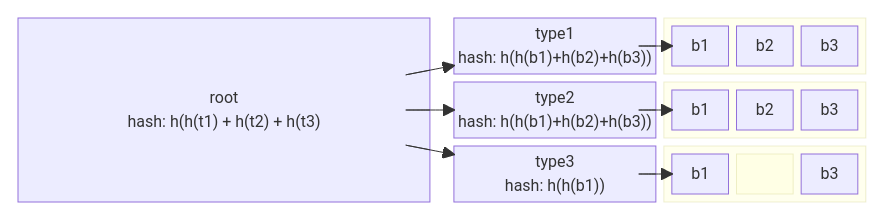
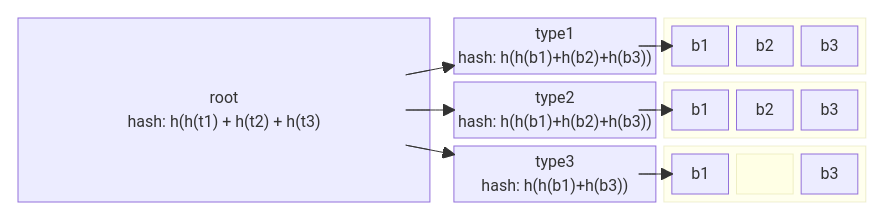
One commit to atelier-saulx/based changed the diagram in packages/db/src/server/tree.md. Above: the diagram before and after it, drawn with Mermaid.

````diff
--- a/packages/db/src/server/tree.md
+++ b/packages/db/src/server/tree.md
@@ -4,36 +4,36 @@
 ```mermaid
 block-beta
   columns 2
   block:ROOT:1
     columns 1
     r["root<br/>hash: h(h(t1) + h(t2) + h(t3)"]
   end
   block:TYPES:1
   columns 2
   t1["type1<br/>hash: h(h(b1)+h(b2)+h(b3))"]
   r-->t1
   block:T1:1
     t1-->t1b1["b1"]
     t1b2["b2"]
     t1b3["b3"]
   end
   t2["type2<br/>hash: h(h(b1)+h(b2)+h(b3))"]
   r-->t2
   block:T2:1
     t2-->t2b1["b1"]
     t2b2["b2"]
     t2b3["b3"]
   end
-  t3["type3<br/>hash: h(h(b1))"]
+  t3["type3<br/>hash: h(h(b1)+h(b3))"]
   r-->t3
   block:T3:1
     t3-->t3b1["b1"] 
     block
       space
     end
     t3b3["b3"]
   end
   end
   style ROOT fill:#0000,stroke-width:0
   style TYPES fill:#0000,stroke-width:0
 ```
````
